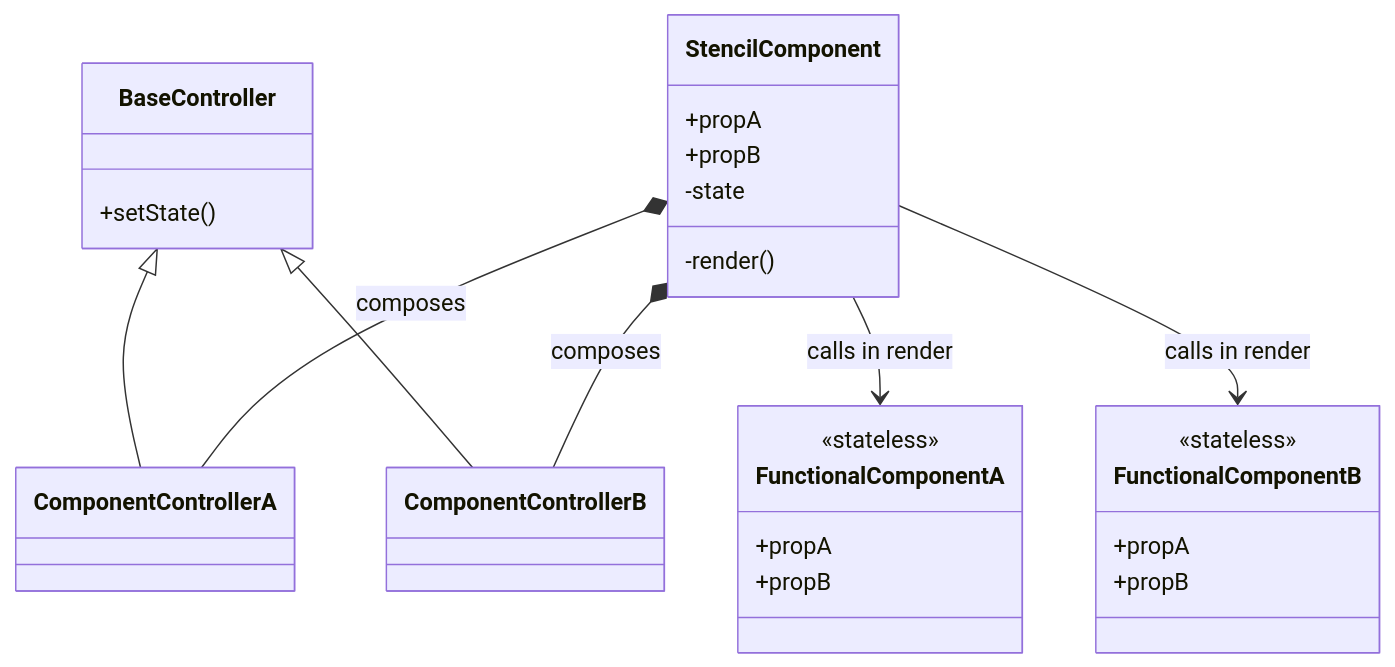
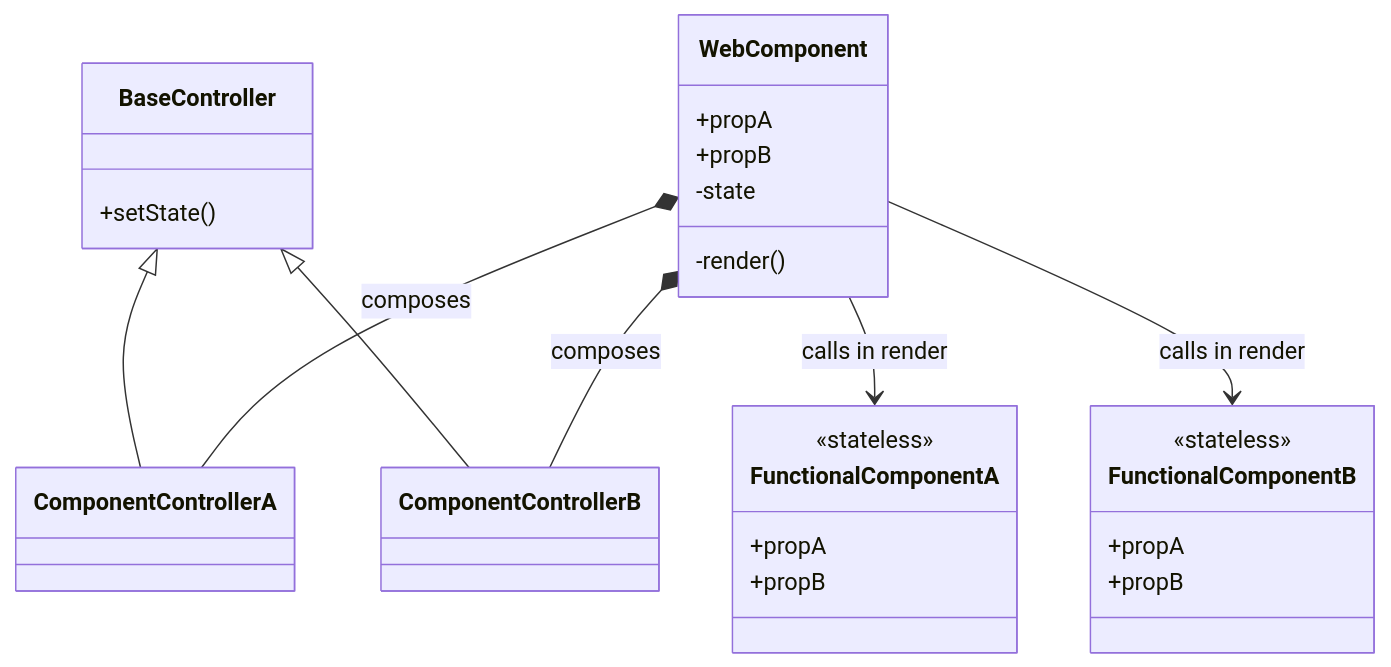
Before and after one commit to public-ui/kolibri: the diagram in packages/components/AGENTS.md, drawn with Mermaid. The commit also changed other lines of this file, not shown here.

Commit message:
docs(components): rename Stencil component

````diff
--- a/packages/components/AGENTS.md
+++ b/packages/components/AGENTS.md
@@ -134,32 +135,32 @@
 ```mermaid
 classDiagram
-    class StencilComponent {
+    class WebComponent {
         +propA
         +propB
         -state
         -render()
     }
     class BaseController {
         +setState()
     }
     class ComponentControllerA {
     }
     class ComponentControllerB {
     }
     BaseController <|-- ComponentControllerA
     BaseController <|-- ComponentControllerB
     class FunctionalComponentA {
         +propA
         +propB
         <<stateless>>
     }
     class FunctionalComponentB {
         +propA
         +propB
         <<stateless>>
     }
-    StencilComponent *-- ComponentControllerA : composes
-    StencilComponent *-- ComponentControllerB : composes
-    StencilComponent --> FunctionalComponentA : calls in render
-    StencilComponent --> FunctionalComponentB : calls in render
+    WebComponent *-- ComponentControllerA : composes
+    WebComponent *-- ComponentControllerB : composes
+    WebComponent --> FunctionalComponentA : calls in render
+    WebComponent --> FunctionalComponentB : calls in render
 ```
````
